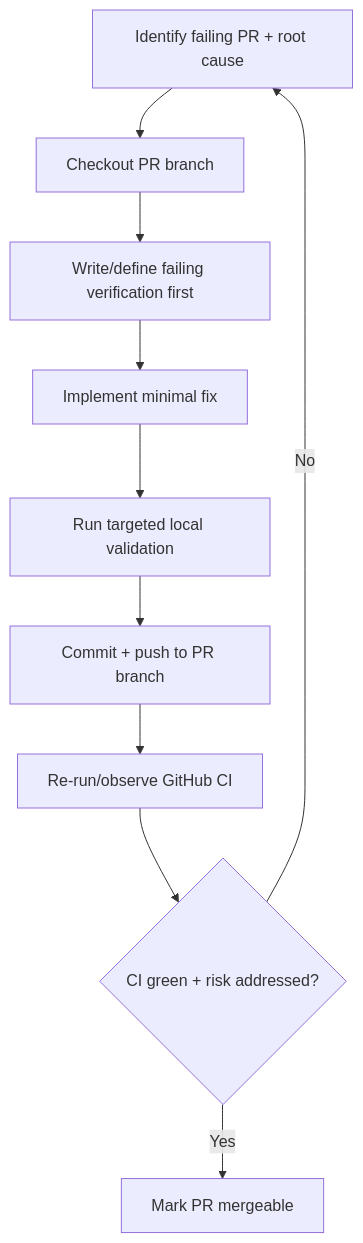
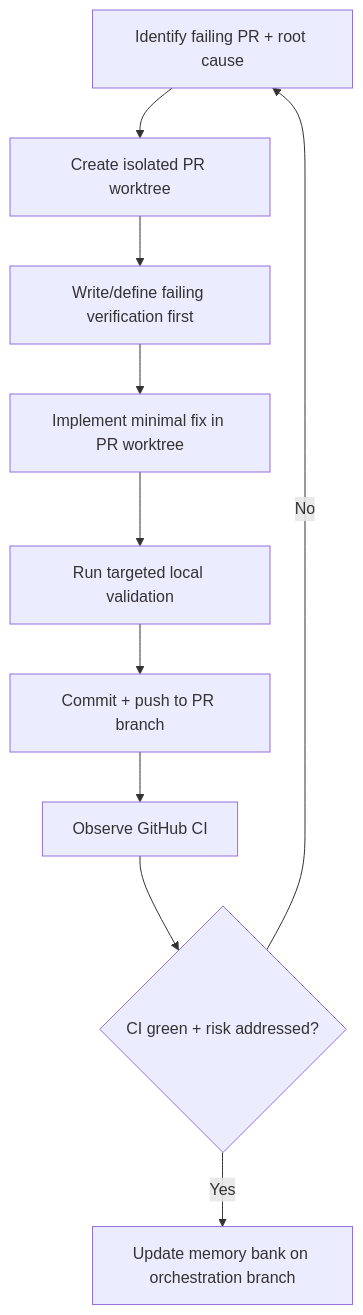
The diagram in memory-bank/active/tasks.md (Texarkanine/a16n), drawn with Mermaid before and after one commit. The commit also changed other lines of this file and 2 other files, not shown here.

````diff
--- a/memory-bank/active/tasks.md
+++ b/memory-bank/active/tasks.md
@@ -15,12 +15,12 @@
 ```mermaid
 flowchart TD
-    A["Identify failing PR + root cause"] --> B["Checkout PR branch"]
+    A["Identify failing PR + root cause"] --> B["Create isolated PR worktree"]
     B --> C["Write/define failing verification first"]
-    C --> D["Implement minimal fix"]
+    C --> D["Implement minimal fix in PR worktree"]
     D --> E["Run targeted local validation"]
     E --> F["Commit + push to PR branch"]
-    F --> G["Re-run/observe GitHub CI"]
+    F --> G["Observe GitHub CI"]
     G --> H{"CI green + risk addressed?"}
-    H -- Yes --> I["Mark PR mergeable"]
+    H -- Yes --> I["Update memory bank on orchestration branch"]
     H -- No --> A
 ```
````
